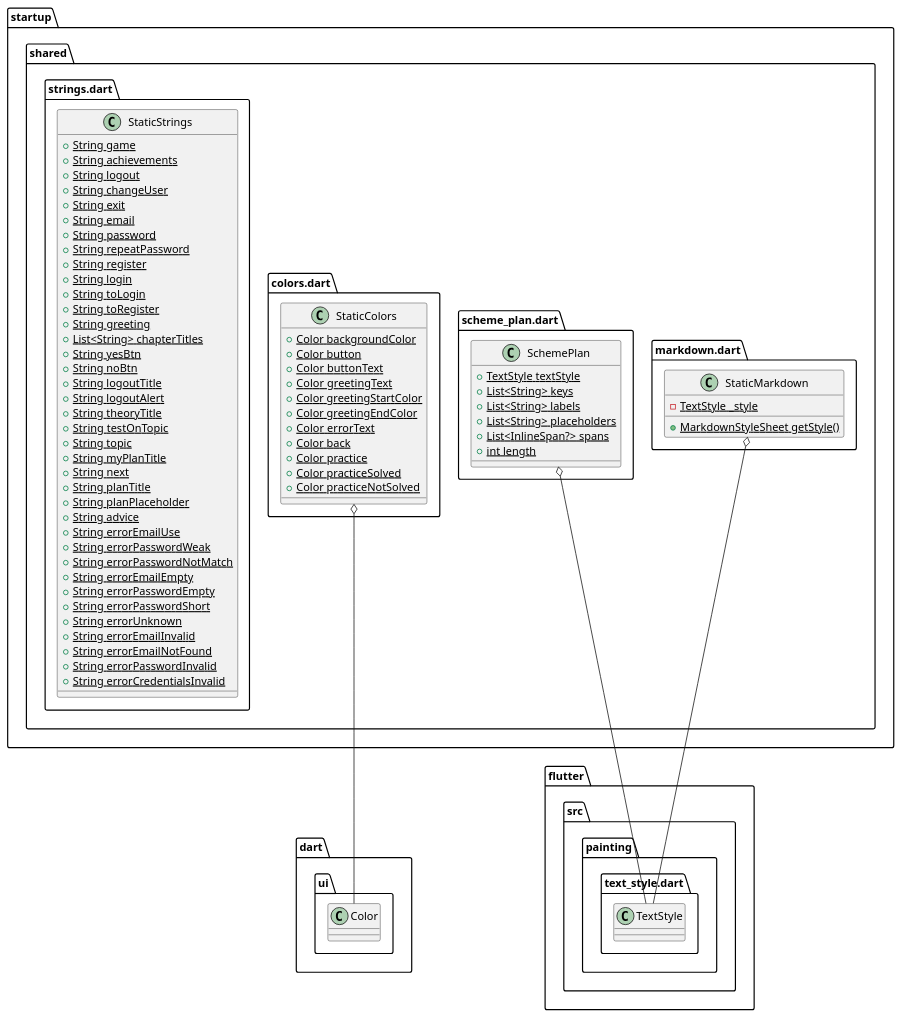
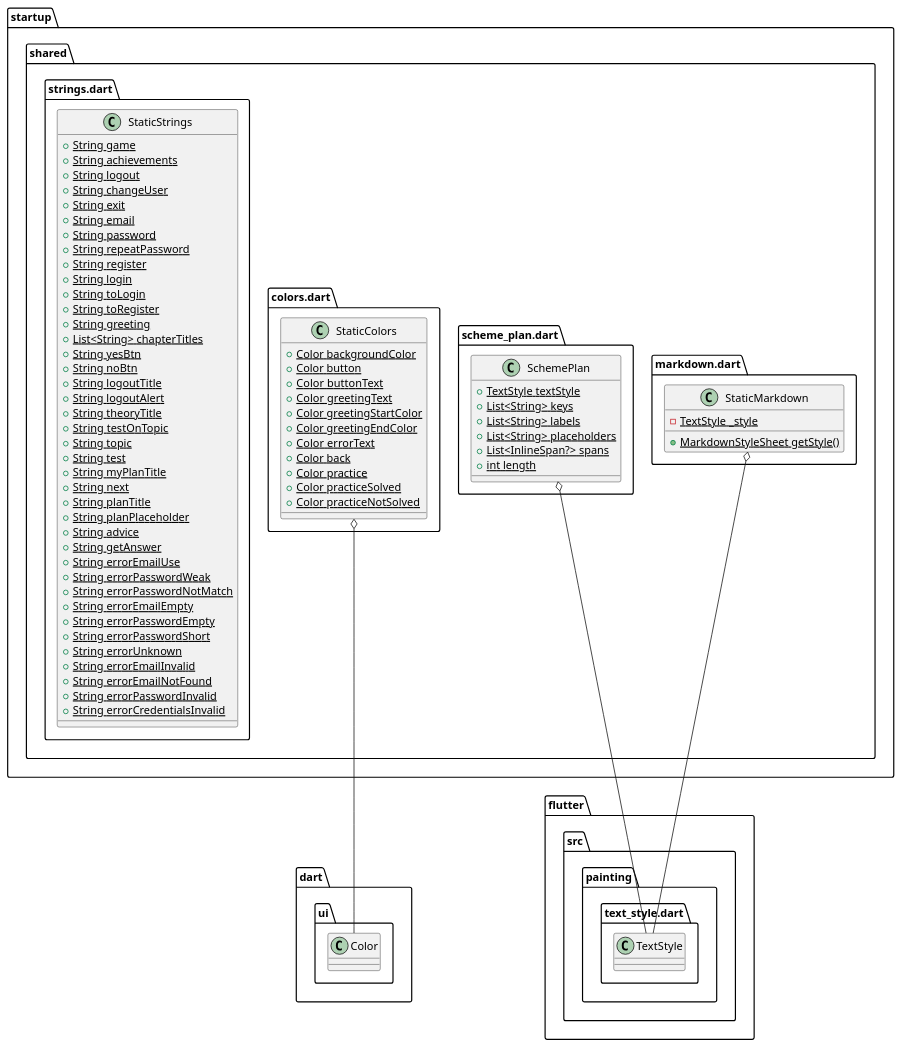
Before and after one commit to aniciya777/startup: the diagram in diagrams/shared.puml, drawn with PlantUML. The commit also changed 47 other files, not shown here.

```diff
--- a/diagrams/shared.puml
+++ b/diagrams/shared.puml
@@ -1,79 +1,81 @@
 @startuml
 set namespaceSeparator ::
 
 class "startup::shared::colors.dart::StaticColors" {
   {static} +Color backgroundColor
   {static} +Color button
   {static} +Color buttonText
   {static} +Color greetingText
   {static} +Color greetingStartColor
   {static} +Color greetingEndColor
   {static} +Color errorText
   {static} +Color back
   {static} +Color practice
   {static} +Color practiceSolved
   {static} +Color practiceNotSolved
 }
 
 "startup::shared::colors.dart::StaticColors" o-- "dart::ui::Color"
 
 class "startup::shared::markdown.dart::StaticMarkdown" {
   {static} -TextStyle _style
   {static} +MarkdownStyleSheet getStyle()
 }
 
 "startup::shared::markdown.dart::StaticMarkdown" o-- "flutter::src::painting::text_style.dart::TextStyle"
 
 class "startup::shared::scheme_plan.dart::SchemePlan" {
   {static} +TextStyle textStyle
   {static} +List<String> keys
   {static} +List<String> labels
   {static} +List<String> placeholders
   {static} +List<InlineSpan?> spans
   {static} +int length
 }
 
 "startup::shared::scheme_plan.dart::SchemePlan" o-- "flutter::src::painting::text_style.dart::TextStyle"
 
 class "startup::shared::strings.dart::StaticStrings" {
   {static} +String game
   {static} +String achievements
   {static} +String logout
   {static} +String changeUser
   {static} +String exit
   {static} +String email
   {static} +String password
   {static} +String repeatPassword
   {static} +String register
   {static} +String login
   {static} +String toLogin
   {static} +String toRegister
   {static} +String greeting
   {static} +List<String> chapterTitles
   {static} +String yesBtn
   {static} +String noBtn
   {static} +String logoutTitle
   {static} +String logoutAlert
   {static} +String theoryTitle
   {static} +String testOnTopic
   {static} +String topic
+  {static} +String test
   {static} +String myPlanTitle
   {static} +String next
   {static} +String planTitle
   {static} +String planPlaceholder
   {static} +String advice
+  {static} +String getAnswer
   {static} +String errorEmailUse
   {static} +String errorPasswordWeak
   {static} +String errorPasswordNotMatch
   {static} +String errorEmailEmpty
   {static} +String errorPasswordEmpty
   {static} +String errorPasswordShort
   {static} +String errorUnknown
   {static} +String errorEmailInvalid
   {static} +String errorEmailNotFound
   {static} +String errorPasswordInvalid
   {static} +String errorCredentialsInvalid
 }
 
 
 @enduml
```
